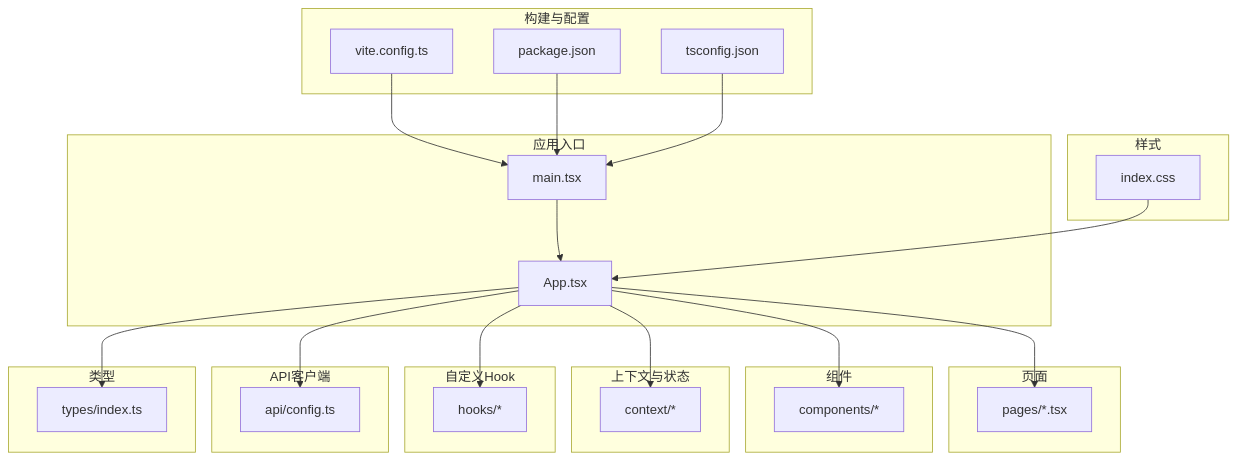
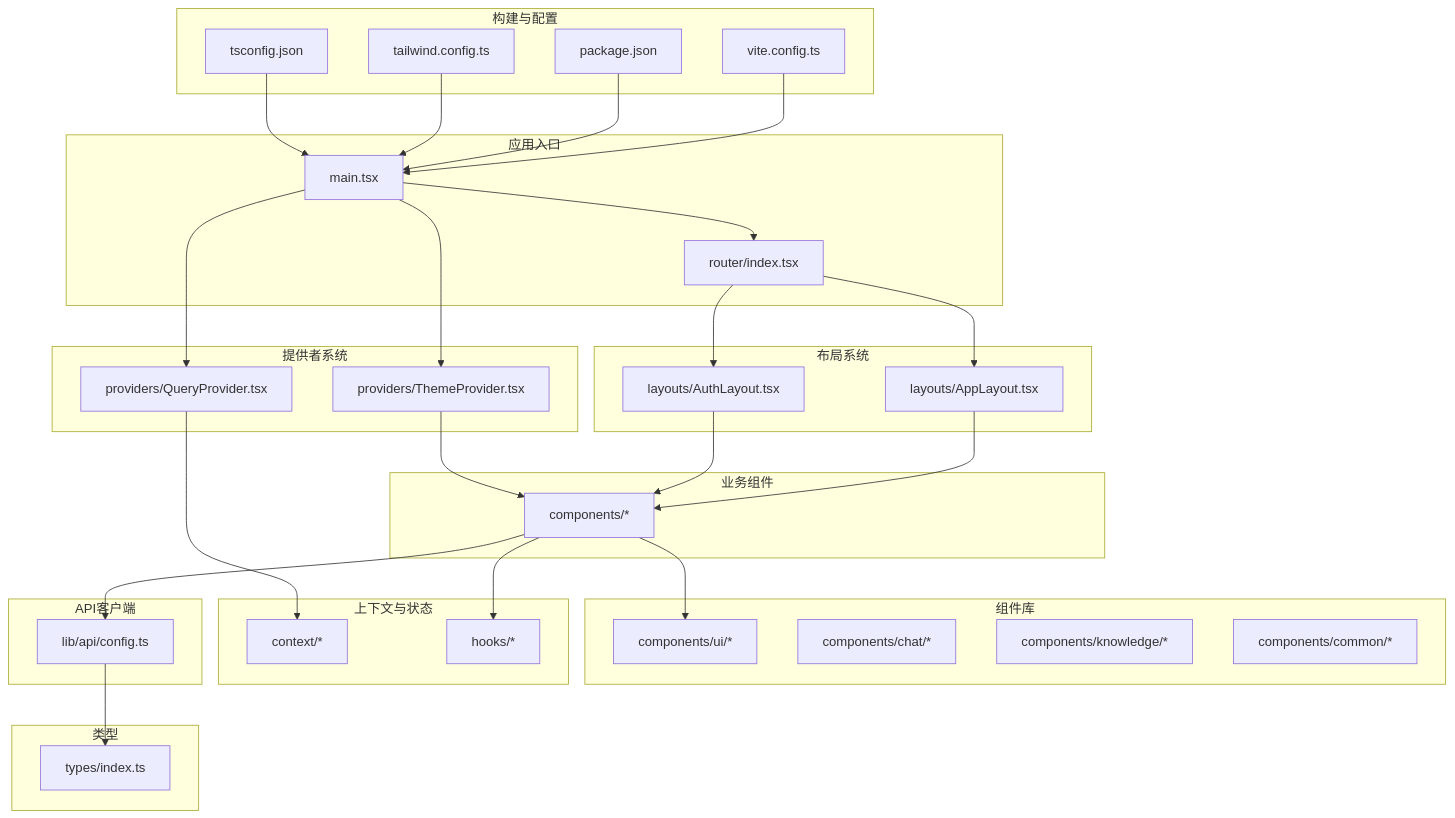
Before and after one commit to angledick/-: the first of 9 diagrams in .qoder/repowiki/zh/content/前端应用架构/前端应用架构.md, drawn with Mermaid. The commit also changed other lines of this file and 770 other files, not shown here.

````diff
--- a/.qoder/repowiki/zh/content/前端应用架构/前端应用架构.md
+++ b/.qoder/repowiki/zh/content/前端应用架构/前端应用架构.md
@@ -80,44 +68,57 @@
 ```mermaid
 graph TB
 subgraph "构建与配置"
 Vite["vite.config.ts"]
 Pkg["package.json"]
+Tailwind["tailwind.config.ts"]
 TS["tsconfig.json"]
 end
 subgraph "应用入口"
 Main["main.tsx"]
-App["App.tsx"]
+Router["router/index.tsx"]
 end
-subgraph "样式"
-CSS["index.css"]
+subgraph "布局系统"
+AppLayout["layouts/AppLayout.tsx"]
+AuthLayout["layouts/AuthLayout.tsx"]
 end
-subgraph "页面"
-Pages["pages/*.tsx"]
+subgraph "提供者系统"
+Query["providers/QueryProvider.tsx"]
+Theme["providers/ThemeProvider.tsx"]
 end
-subgraph "组件"
-CBase["components/*"]
+subgraph "组件库"
+UI["components/ui/*"]
+Chat["components/chat/*"]
+Knowledge["components/knowledge/*"]
+Common["components/common/*"]
+end
+subgraph "业务组件"
+Components["components/*"]
 end
 subgraph "上下文与状态"
-Ctx["context/*"]
-end
-subgraph "自定义Hook"
+Context["context/*"]
 Hooks["hooks/*"]
 end
 subgraph "API客户端"
-API["api/config.ts"]
+API["lib/api/config.ts"]
 end
 subgraph "类型"
 Types["types/index.ts"]
 end
 Vite --> Main
 Pkg --> Main
+Tailwind --> Main
 TS --> Main
-Main --> App
-App --> Pages
-App --> CBase
-App --> Ctx
-App --> Hooks
-App --> API
-App --> Types
-CSS --> App
+Main --> Router
+Main --> Query
+Main --> Theme
+Router --> AppLayout
+Router --> AuthLayout
+AppLayout --> Components
+AuthLayout --> Components
+Query --> Context
+Theme --> Components
+Components --> UI
+Components --> Hooks
+Components --> API
+API --> Types
 ```
````
